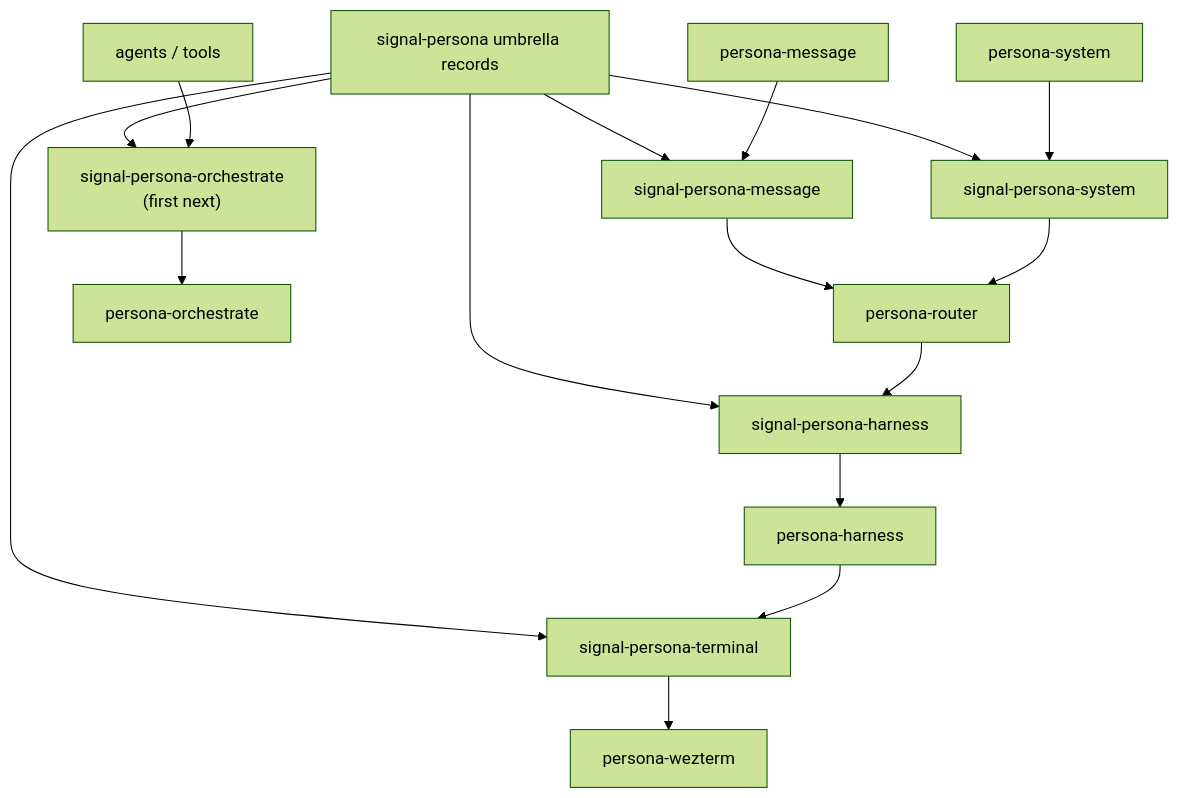
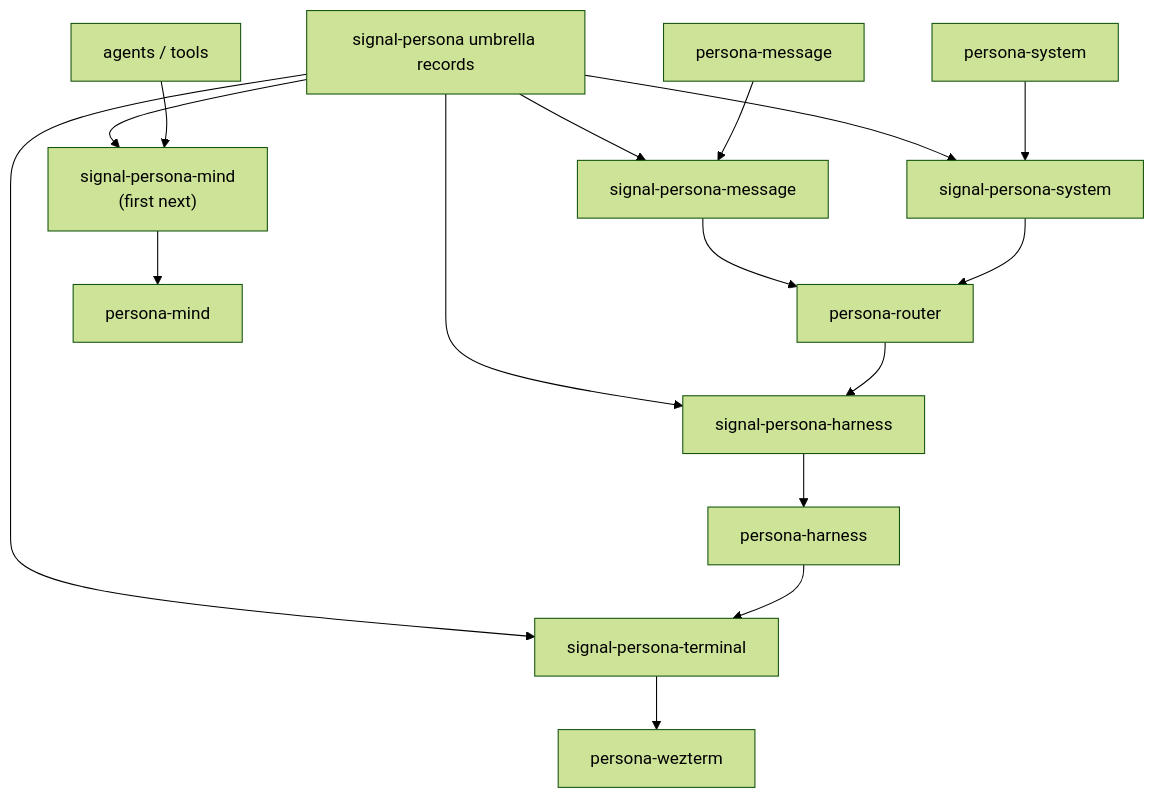
One commit to LiGoldragon/primary changed the fourth of 6 diagrams in reports/operator/77-first-stack-channel-boundary-audit.md. Above: the diagram before and after it, drawn with Mermaid (forest theme). The commit also changed other lines of this file and 11 other files, not shown here.

Commit message:
document persona-mind central rename

````diff
--- a/reports/operator/77-first-stack-channel-boundary-audit.md
+++ b/reports/operator/77-first-stack-channel-boundary-audit.md
@@ -150,30 +150,30 @@
 ```mermaid
 flowchart TB
     umbrella["signal-persona umbrella records"]
 
     message["signal-persona-message"]
     system["signal-persona-system"]
     harness["signal-persona-harness"]
     terminal["signal-persona-terminal"]
-    orchestrate["signal-persona-orchestrate<br/>(first next)"]
+    orchestrate["signal-persona-mind<br/>(first next)"]
 
     router["persona-router"]
     persona_message["persona-message"]
     persona_system["persona-system"]
     persona_harness["persona-harness"]
     persona_wezterm["persona-wezterm"]
-    persona_orchestrate["persona-orchestrate"]
+    persona_mind["persona-mind"]
     agent_tools["agents / tools"]
 
     umbrella --> message
     umbrella --> system
     umbrella --> harness
     umbrella --> terminal
     umbrella --> orchestrate
 
     persona_message --> message --> router
     persona_system --> system --> router
     router --> harness --> persona_harness
     persona_harness --> terminal --> persona_wezterm
-    agent_tools --> orchestrate --> persona_orchestrate
+    agent_tools --> orchestrate --> persona_mind
 ```
````
